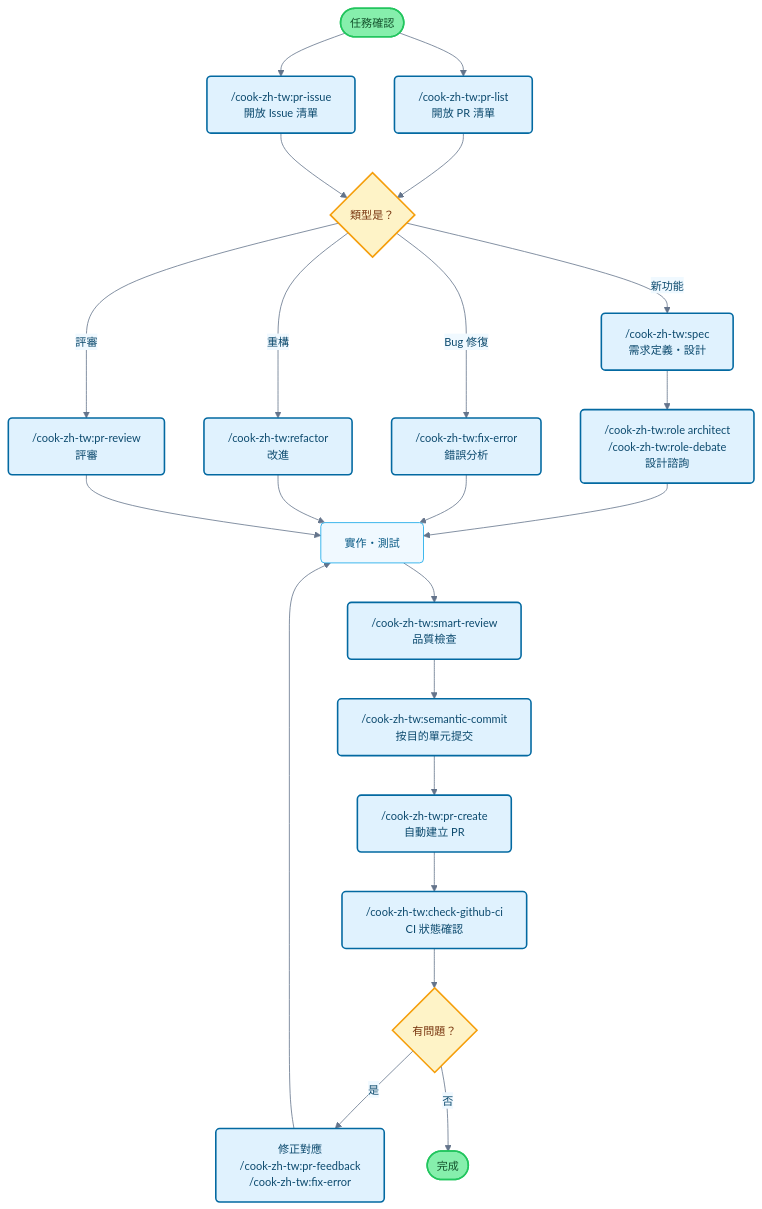
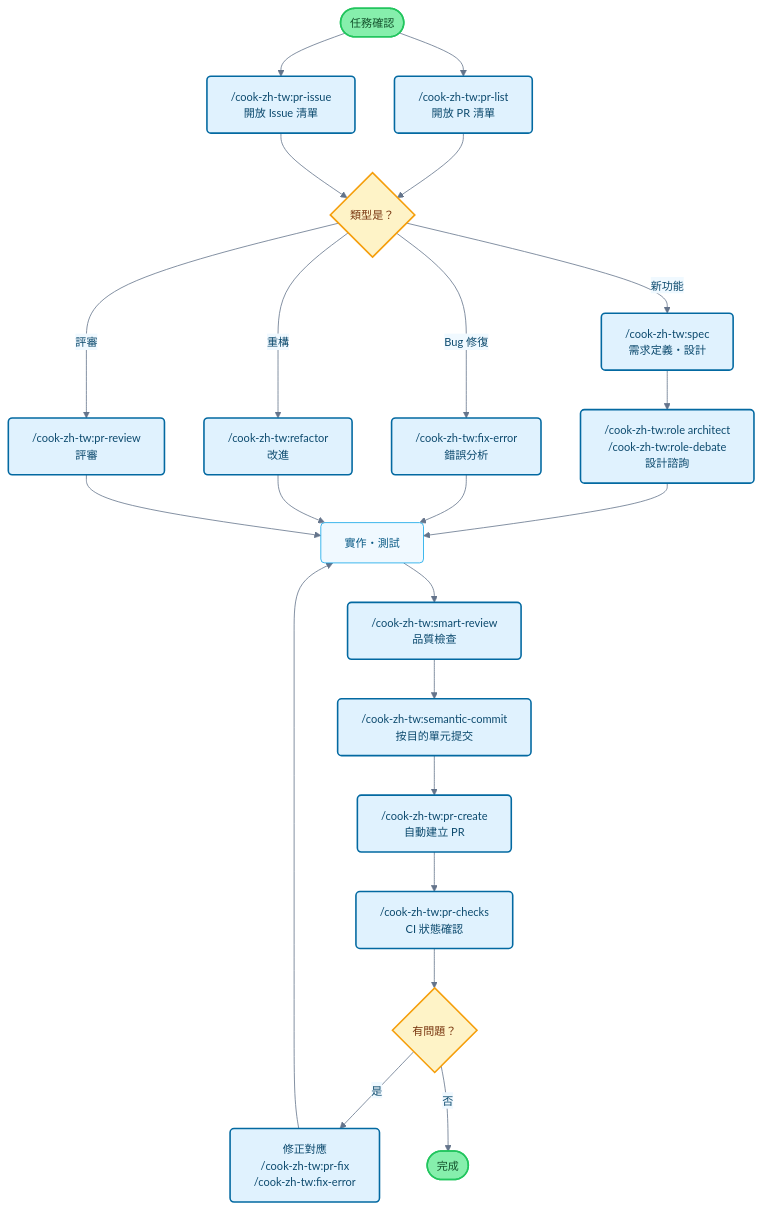
One commit to wasabeef/claude-code-cookbook changed the diagram in plugins/zh-tw/README.md. Above: the diagram before and after it, drawn with Mermaid. The commit also changed other lines of this file and 337 other files, not shown here.

````diff
--- a/plugins/zh-tw/README.md
+++ b/plugins/zh-tw/README.md
@@ -114,42 +114,42 @@
 ```mermaid
 flowchart TB
     Start([任務確認]) --> PRList["/cook-zh-tw:pr-list<br/>開放 PR 清單"]
     Start --> PRIssue["/cook-zh-tw:pr-issue<br/>開放 Issue 清單"]
 
     PRList --> TaskType{類型是？}
     PRIssue --> TaskType
 
     TaskType -->|新功能| Plan["/cook-zh-tw:spec<br/>需求定義・設計"]
     TaskType -->|Bug 修復| Fix["/cook-zh-tw:fix-error<br/>錯誤分析"]
     TaskType -->|重構| Refactor["/cook-zh-tw:refactor<br/>改進"]
     TaskType -->|評審| Review["/cook-zh-tw:pr-review<br/>評審"]
 
     Plan --> Design["/cook-zh-tw:role architect<br/>/cook-zh-tw:role-debate<br/>設計諮詢"]
     Design --> Implementation[實作・測試]
     Fix --> Implementation
     Refactor --> Implementation
     Review --> Implementation
 
     Implementation --> Check["/cook-zh-tw:smart-review<br/>品質檢查"]
     Check --> Commit["/cook-zh-tw:semantic-commit<br/>按目的單元提交"]
     Commit --> PR["/cook-zh-tw:pr-create<br/>自動建立 PR"]
-    PR --> CI["/cook-zh-tw:check-github-ci<br/>CI 狀態確認"]
+    PR --> CI["/cook-zh-tw:pr-checks<br/>CI 狀態確認"]
 
     CI --> Status{有問題？}
-    Status -->|是| Feedback["修正對應<br/>/cook-zh-tw:pr-feedback<br/>/cook-zh-tw:fix-error"]
+    Status -->|是| Feedback["修正對應<br/>/cook-zh-tw:pr-fix<br/>/cook-zh-tw:fix-error"]
     Status -->|否| End([完成])
 
     Feedback --> Implementation
 
     classDef commandBox fill:#e0f2fe,stroke:#0369a1,stroke-width:2px,rx:5,ry:5,color:#0c4a6e
     classDef processBox fill:#f0f9ff,stroke:#0ea5e9,stroke-width:1px,rx:5,ry:5,color:#075985
     classDef decisionBox fill:#fef3c7,stroke:#f59e0b,stroke-width:2px,rx:5,ry:5,color:#78350f
     classDef startEnd fill:#86efac,stroke:#22c55e,stroke-width:2px,rx:20,ry:20,color:#14532d
 
     class PRList,PRIssue,Plan,Fix,Refactor,Review,Design,Check,CI,Commit,PR,Feedback commandBox
     class Implementation processBox
     class TaskType,Status decisionBox
     class Start,End startEnd
 
     %%{init: {'theme':'base', 'themeVariables': { 'primaryColor':'#e0f2fe', 'primaryTextColor':'#0c4a6e', 'primaryBorderColor':'#0369a1', 'lineColor':'#64748b', 'secondaryColor':'#f0f9ff', 'background':'#ffffff', 'mainBkg':'#ffffff', 'fontSize': '14px'}}}%%
 ```
````
